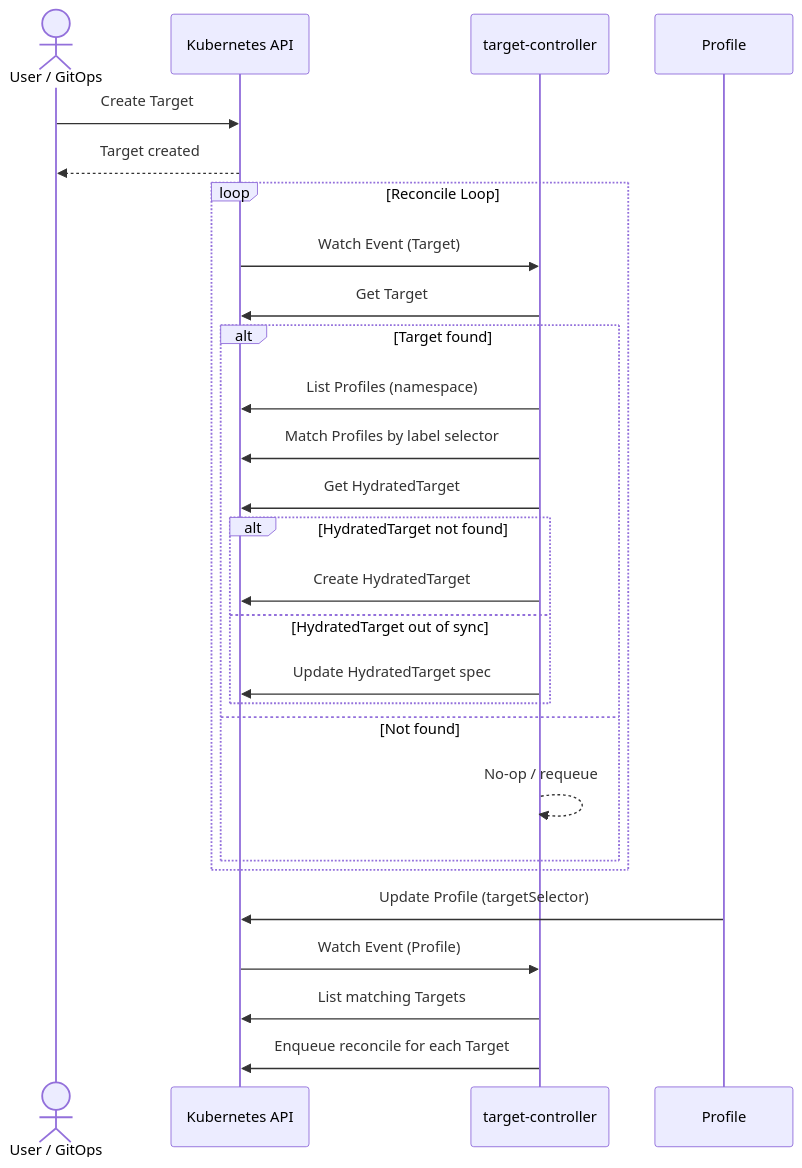
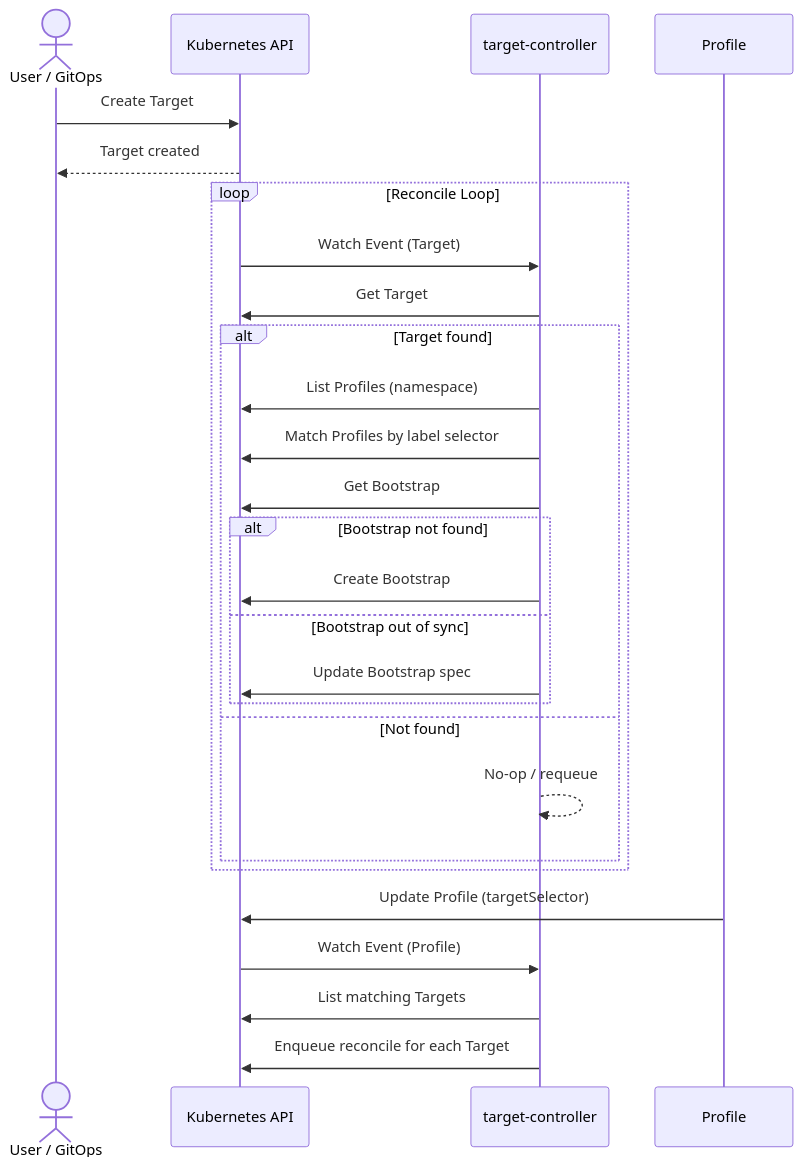
Before and after one commit to opendefensecloud/solution-arsenal: the second of 4 diagrams in docs/developer-guide/target_controller.md, drawn with Mermaid. The commit also changed other lines of this file and 6 other files, not shown here.

Commit message:
docs: rename HydratedTarget to Bootstrap in controller docs and fix inaccuracies

````diff
--- a/docs/developer-guide/target_controller.md
+++ b/docs/developer-guide/target_controller.md
@@ -27,32 +27,32 @@
 ```mermaid
 sequenceDiagram
     actor U as User / GitOps
     participant K as Kubernetes API
     participant C as target-controller
     participant P as Profile
 
     U->>K: Create Target
     K-->>U: Target created
 
     loop Reconcile Loop
         K->>C: Watch Event (Target)
         C->>K: Get Target
         alt Target found
             C->>K: List Profiles (namespace)
             C->>K: Match Profiles by label selector
-            C->>K: Get HydratedTarget
-            alt HydratedTarget not found
-                C->>K: Create HydratedTarget
-            else HydratedTarget out of sync
-                C->>K: Update HydratedTarget spec
+            C->>K: Get Bootstrap
+            alt Bootstrap not found
+                C->>K: Create Bootstrap
+            else Bootstrap out of sync
+                C->>K: Update Bootstrap spec
             end
         else Not found
             C-->>C: No-op / requeue
         end
     end
 
     P->>K: Update Profile (targetSelector)
     K->>C: Watch Event (Profile)
     C->>K: List matching Targets
     C->>K: Enqueue reconcile for each Target
 ```
````
